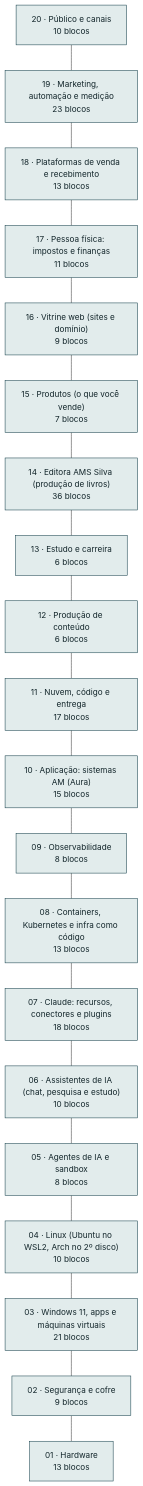
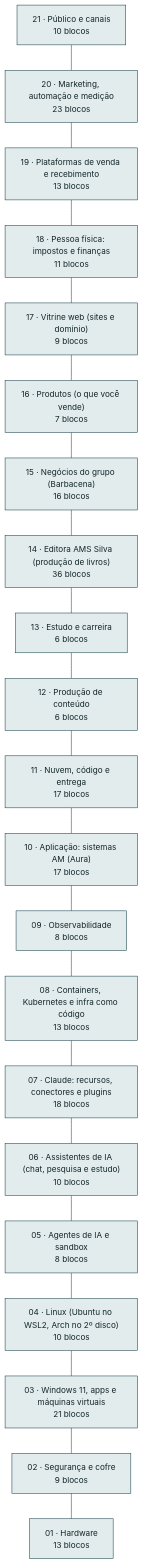
The diagram in docs/arquitetura.md (AlanMateus17/dev-setup), drawn with Mermaid before and after one commit. The commit also changed other lines of this file and 47 other files, not shown here.

First line of the commit message:
feat: arquitetura dos nove negócios do grupo

````diff
--- a/docs/arquitetura.md
+++ b/docs/arquitetura.md
@@ -10,44 +10,46 @@
 ```mermaid
 flowchart TB
-  L_pub["20 · Público e canais<br/>10 blocos"]
-  L_mkt["19 · Marketing, automação e medição<br/>23 blocos"]
-  L_venda["18 · Plataformas de venda e recebimento<br/>13 blocos"]
-  L_emp["17 · Pessoa física: impostos e finanças<br/>11 blocos"]
-  L_web["16 · Vitrine web (sites e domínio)<br/>9 blocos"]
-  L_prod["15 · Produtos (o que você vende)<br/>7 blocos"]
+  L_pub["21 · Público e canais<br/>10 blocos"]
+  L_mkt["20 · Marketing, automação e medição<br/>23 blocos"]
+  L_venda["19 · Plataformas de venda e recebimento<br/>13 blocos"]
+  L_emp["18 · Pessoa física: impostos e finanças<br/>11 blocos"]
+  L_web["17 · Vitrine web (sites e domínio)<br/>9 blocos"]
+  L_prod["16 · Produtos (o que você vende)<br/>7 blocos"]
+  L_neg["15 · Negócios do grupo (Barbacena)<br/>16 blocos"]
   L_editora["14 · Editora AMS Silva (produção de livros)<br/>36 blocos"]
   L_est["13 · Estudo e carreira<br/>6 blocos"]
   L_cont["12 · Produção de conteúdo<br/>6 blocos"]
   L_nuvem["11 · Nuvem, código e entrega<br/>17 blocos"]
-  L_app["10 · Aplicação: sistemas AM (Aura)<br/>15 blocos"]
+  L_app["10 · Aplicação: sistemas AM (Aura)<br/>17 blocos"]
   L_obs["09 · Observabilidade<br/>8 blocos"]
   L_cnt["08 · Containers, Kubernetes e infra como código<br/>13 blocos"]
   L_clc["07 · Claude: recursos, conectores e plugins<br/>18 blocos"]
   L_chat["06 · Assistentes de IA (chat, pesquisa e estudo)<br/>10 blocos"]
   L_ia["05 · Agentes de IA e sandbox<br/>8 blocos"]
   L_lin["04 · Linux (Ubuntu no WSL2, Arch no 2º disco)<br/>10 blocos"]
   L_win["03 · Windows 11, apps e máquinas virtuais<br/>21 blocos"]
   L_seg["02 · Segurança e cofre<br/>9 blocos"]
   L_hw["01 · Hardware<br/>13 blocos"]
   L_pub --- L_mkt
   L_mkt --- L_venda
   L_venda --- L_emp
   L_emp --- L_web
   L_web --- L_prod
-  L_prod --- L_editora
+  L_prod --- L_neg
+  L_neg --- L_editora
   L_editora --- L_est
   L_est --- L_cont
   L_cont --- L_nuvem
   L_nuvem --- L_app
   L_app --- L_obs
   L_obs --- L_cnt
   L_cnt --- L_clc
   L_clc --- L_chat
   L_chat --- L_ia
   L_ia --- L_lin
   L_lin --- L_win
   L_win --- L_seg
   L_seg --- L_hw
   classDef cam fill:#e2ecec,stroke:#0e3a45,color:#13262b
-  class L_pub,L_mkt,L_venda,L_emp,L_web,L_prod,L_editora,L_est,L_cont,L_nuvem,L_app,L_obs,L_cnt,L_clc,L_chat,L_ia,L_lin,L_win,L_seg,L_hw cam
+  class L_pub,L_mkt,L_venda,L_emp,L_web,L_prod,L_neg,L_editora,L_est,L_cont,L_nuvem,L_app,L_obs,L_cnt,L_clc,L_chat,L_ia,L_lin,L_win,L_seg,L_hw cam
 ```
````
